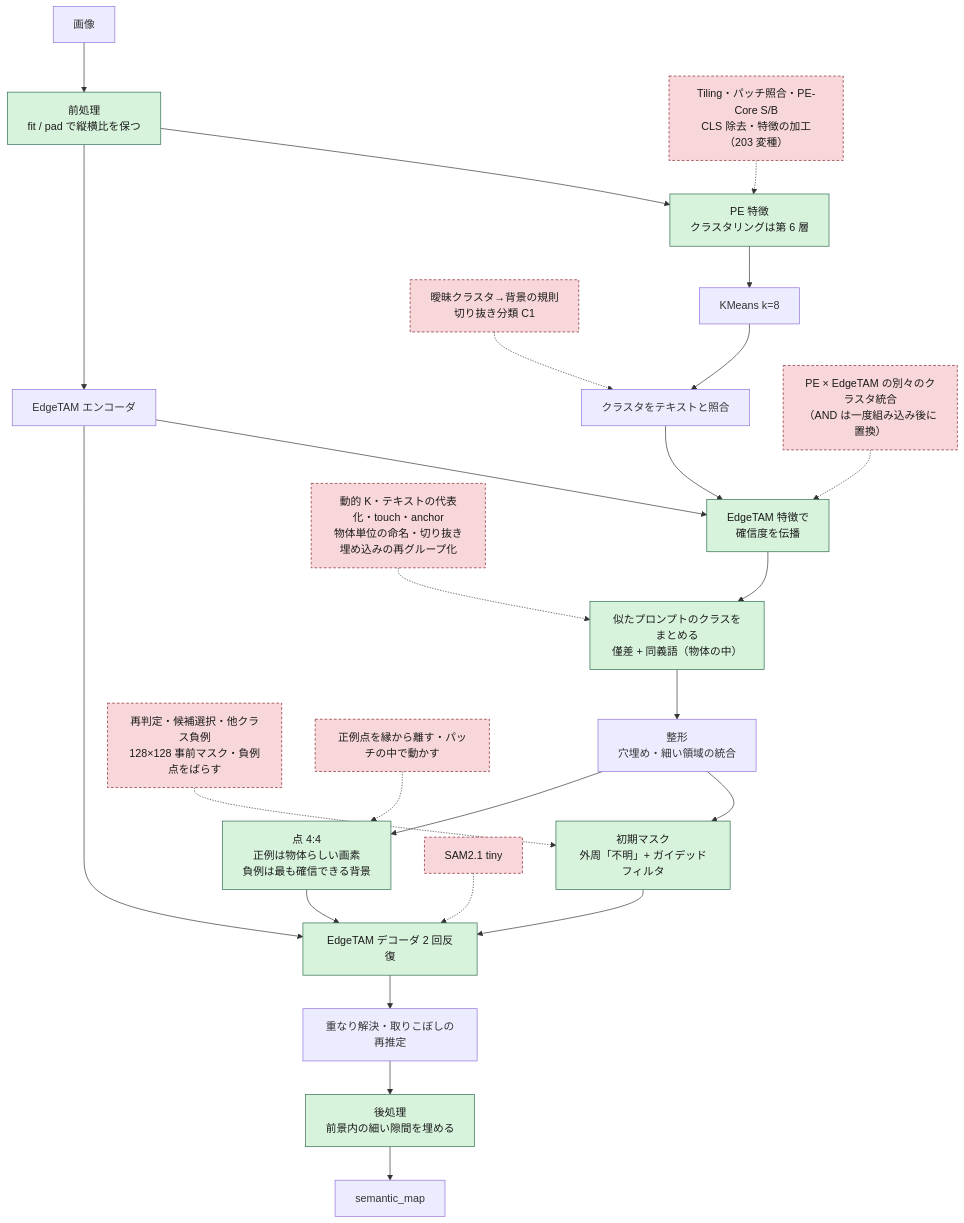
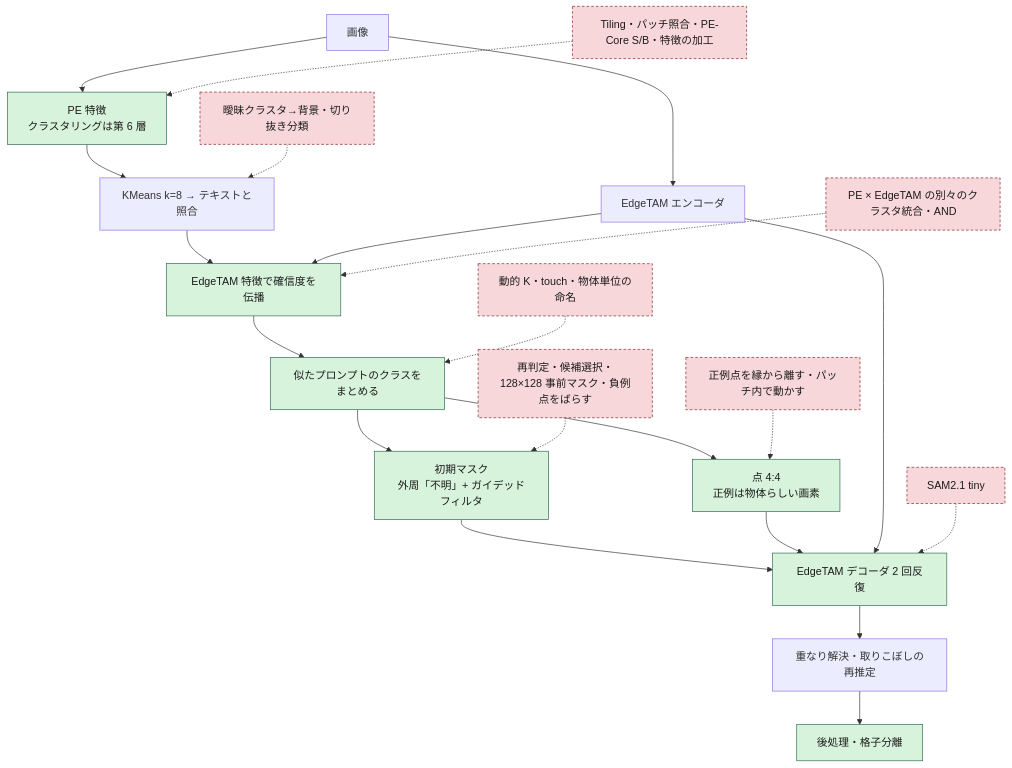
One commit to fklg-64/pe_anything_detect changed the diagram in docs/method_history.md. Above: the diagram before and after it, drawn with Mermaid. The commit also changed other lines of this file and 85 other files, not shown here.

````diff
--- a/docs/method_history.md
+++ b/docs/method_history.md
@@ -16,33 +14,29 @@
 ```mermaid
 flowchart TD
-    IMG["画像"] --> PRE["前処理<br/>fit / pad で縦横比を保つ"]
-    PRE --> PE["PE 特徴<br/>クラスタリングは第 6 層"]
-    PRE --> ET["EdgeTAM エンコーダ"]
-    PE --> KM["KMeans k=8"]
-    KM --> J["クラスタをテキストと照合"]
-    J --> PROP["EdgeTAM 特徴で<br/>確信度を伝播"]
+    IMG["画像"] --> PE["PE 特徴<br/>クラスタリングは第 6 層"]
+    IMG --> ET["EdgeTAM エンコーダ"]
+    PE --> KM["KMeans k=8 → テキストと照合"]
+    KM --> PROP["EdgeTAM 特徴で確信度を伝播"]
     ET --> PROP
-    PROP --> MRG["似たプロンプトのクラスをまとめる<br/>僅差 + 同義語（物体の中）"]
-    MRG --> FIX["整形<br/>穴埋め・細い領域の統合"]
-    FIX --> PRIOR["初期マスク<br/>外周「不明」+ ガイデッドフィルタ"]
-    FIX --> PTS["点 4:4<br/>正例は物体らしい画素<br/>負例は最も確信できる背景"]
+    PROP --> MRG["似たプロンプトのクラスをまとめる"]
+    MRG --> PRIOR["初期マスク<br/>外周「不明」+ ガイデッドフィルタ"]
+    MRG --> PTS["点 4:4<br/>正例は物体らしい画素"]
     PRIOR --> DEC["EdgeTAM デコーダ 2 回反復"]
     PTS --> DEC
     ET --> DEC
     DEC --> RES["重なり解決・取りこぼしの再推定"]
-    RES --> POST["後処理<br/>前景内の細い隙間を埋める"]
-    POST --> OUT["semantic_map"]
+    RES --> POST["後処理・格子分離"]
 
-    X1["Tiling・パッチ照合・PE-Core S/B<br/>CLS 除去・特徴の加工（203 変種）"] -.-> PE
-    X2["曖昧クラスタ→背景の規則<br/>切り抜き分類 C1"] -.-> J
-    X3["PE × EdgeTAM の別々のクラスタ統合<br/>（AND は一度組み込み後に置換）"] -.-> PROP
-    X4["SAM2.1 tiny"] -.-> DEC
-    X5["再判定・候補選択・他クラス負例<br/>128×128 事前マスク・負例点をばらす"] -.-> PRIOR
-    X6["動的 K・テキストの代表化・touch・anchor<br/>物体単位の命名・切り抜き埋め込みの再グループ化"] -.-> MRG
-    X7["正例点を縁から離す・パッチの中で動かす"] -.-> PTS
+    X1["Tiling・パッチ照合・PE-Core S/B・特徴の加工"] -.-> PE
+    X2["曖昧クラスタ→背景・切り抜き分類"] -.-> KM
+    X3["PE × EdgeTAM の別々のクラスタ統合・AND"] -.-> PROP
+    X4["動的 K・touch・物体単位の命名"] -.-> MRG
+    X5["再判定・候補選択・128×128 事前マスク・負例点をばらす"] -.-> PRIOR
+    X6["正例点を縁から離す・パッチ内で動かす"] -.-> PTS
+    X7["SAM2.1 tiny"] -.-> DEC
 
     classDef adopted fill:#d8f3dc,stroke:#2d6a4f,color:#1b1b1b;
     classDef rejected fill:#f8d7da,stroke:#842029,stroke-dasharray:4 3,color:#1b1b1b;
-    class PRE,PE,PROP,MRG,PRIOR,PTS,DEC,POST adopted;
+    class PE,PROP,MRG,PRIOR,PTS,DEC,POST adopted;
     class X1,X2,X3,X4,X5,X6,X7 rejected;
 ```
````
